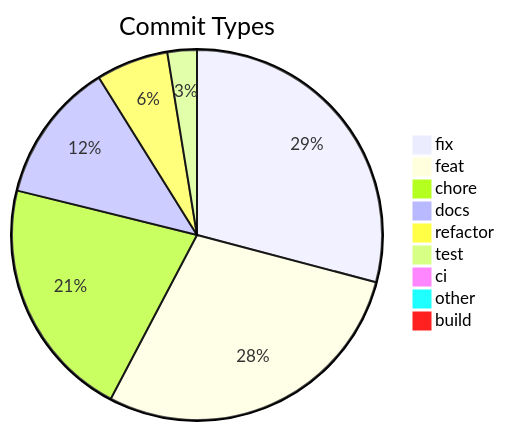
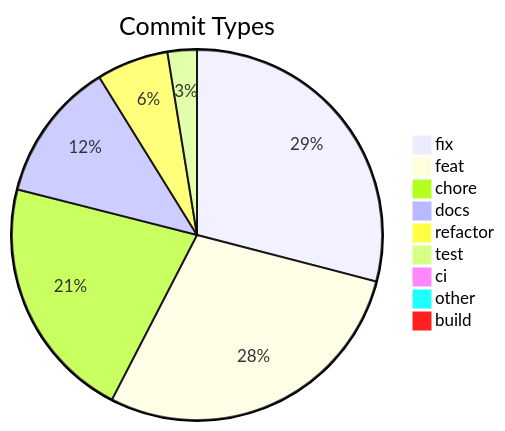
Before and after one commit to svenroth-ai/shipwright: the diagram in .shipwright/compliance/change-history.md, drawn with Mermaid. The commit also changed other lines of this file and 8 other files, not shown here.

````diff
--- a/.shipwright/compliance/change-history.md
+++ b/.shipwright/compliance/change-history.md
@@ -10,12 +10,12 @@
 ```mermaid
 pie title Commit Types
-    "fix" : 351
-    "feat" : 345
-    "chore" : 255
+    "fix" : 352
+    "feat" : 346
+    "chore" : 259
     "docs" : 148
     "refactor" : 76
     "test" : 31
     "ci" : 11
     "other" : 9
     "build" : 1
 ```
````
